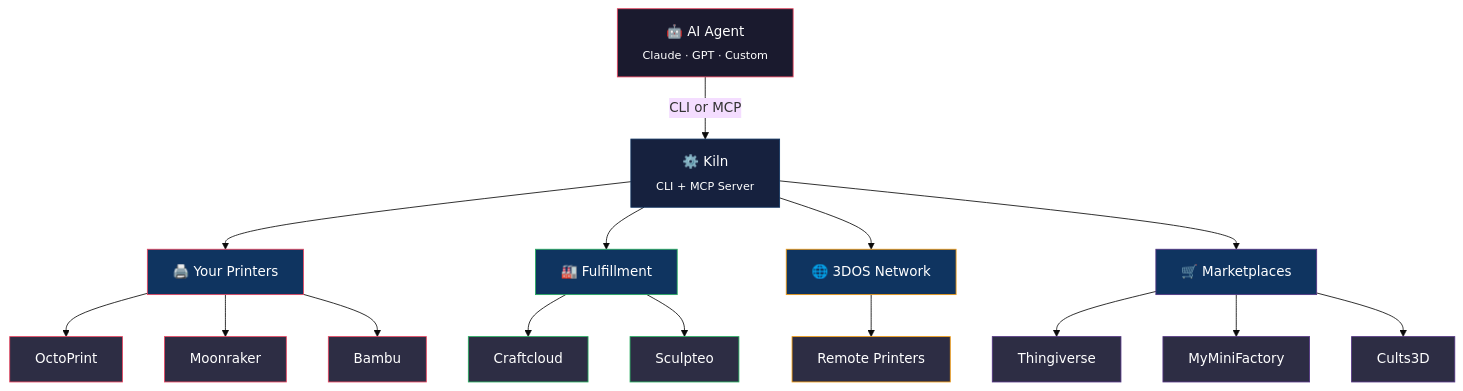
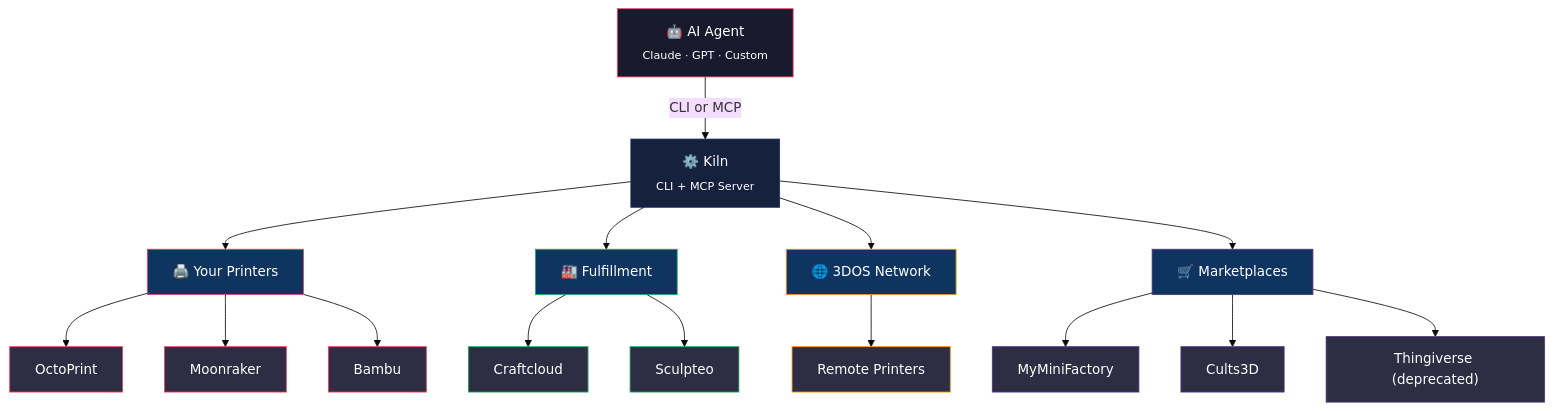
Before and after one commit to codeofaxel/Kiln: the diagram in README.md, drawn with Mermaid (base theme). The commit also changed other lines of this file and 10 other files, not shown here.

````diff
--- a/README.md
+++ b/README.md
@@ -44,39 +44,39 @@
 ```mermaid
 graph TD
     A["🤖 AI Agent<br/><sub>Claude · GPT · Custom</sub>"]
     A -->|"CLI or MCP"| B["⚙️ Kiln<br/><sub>CLI + MCP Server</sub>"]
 
     B --> C["🖨️ Your Printers"]
     B --> F["🏭 Fulfillment"]
     B --> N["🌐 3DOS Network"]
     B --> D["🛒 Marketplaces"]
 
     C --> E1["OctoPrint"]
     C --> E2["Moonraker"]
     C --> E3["Bambu"]
 
     F --> F1["Craftcloud"]
     F --> F2["Sculpteo"]
 
     N --> N1["Remote Printers"]
 
-    D --> H["Thingiverse"]
     D --> I["MyMiniFactory"]
     D --> J["Cults3D"]
+    D --> H["Thingiverse (deprecated)"]
 
     style A fill:#1a1a2e,stroke:#e94560,color:#fff
     style B fill:#16213e,stroke:#0f3460,color:#fff
     style C fill:#0f3460,stroke:#e94560,color:#fff
     style F fill:#0f3460,stroke:#27ae60,color:#fff
     style N fill:#0f3460,stroke:#f39c12,color:#fff
     style D fill:#0f3460,stroke:#533483,color:#fff
     style E1 fill:#2d2d44,stroke:#e94560,color:#fff
     style E2 fill:#2d2d44,stroke:#e94560,color:#fff
     style E3 fill:#2d2d44,stroke:#e94560,color:#fff
     style F1 fill:#2d2d44,stroke:#27ae60,color:#fff
     style F2 fill:#2d2d44,stroke:#27ae60,color:#fff
     style N1 fill:#2d2d44,stroke:#f39c12,color:#fff
     style H fill:#2d2d44,stroke:#533483,color:#fff
     style I fill:#2d2d44,stroke:#533483,color:#fff
     style J fill:#2d2d44,stroke:#533483,color:#fff
 ```
````
